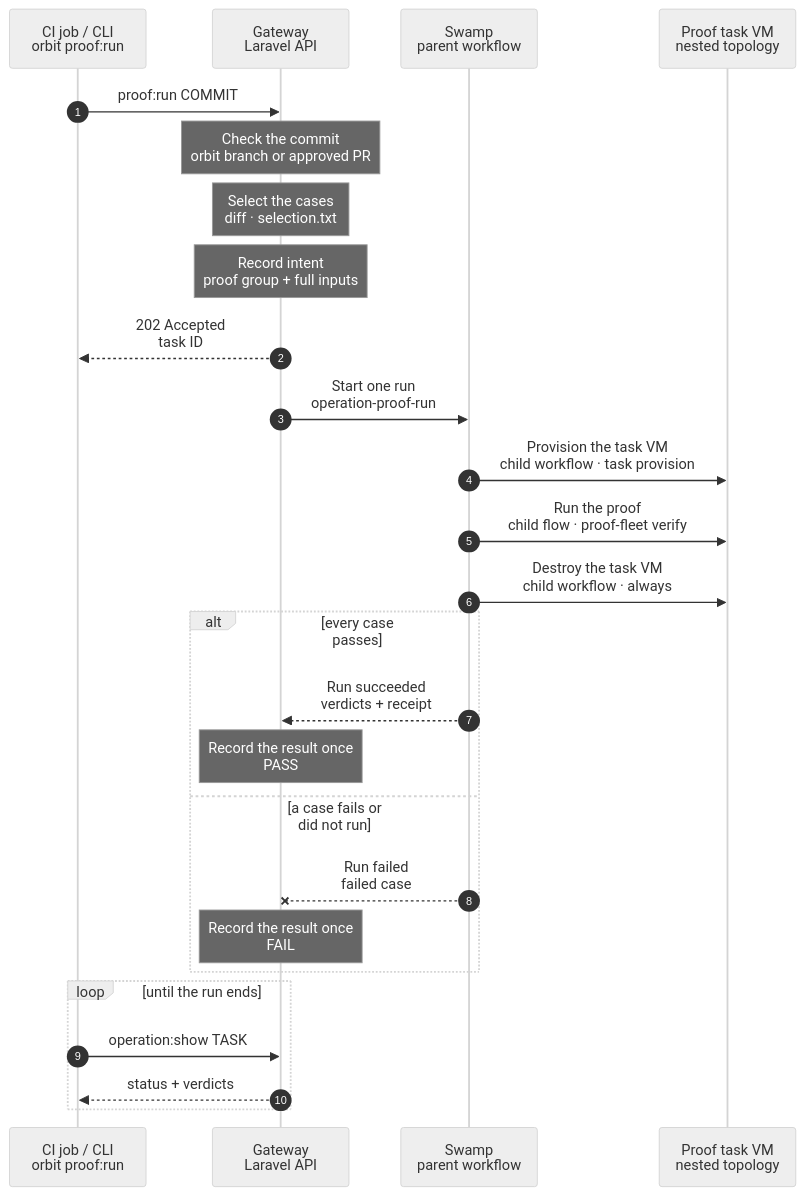
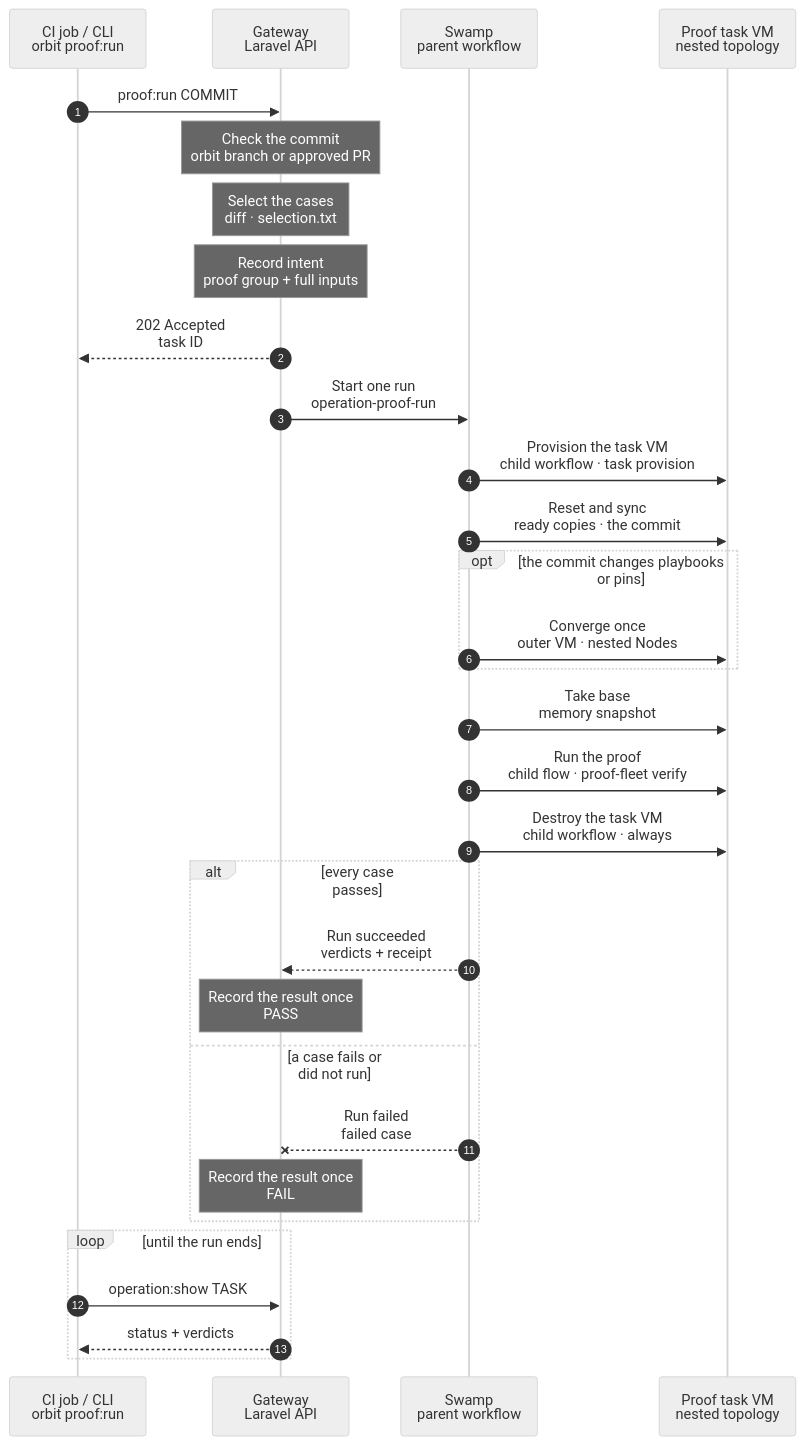
One commit to hardimpactdev/orbit changed the diagram in docs/cli/proof/run.mmd. Above: the diagram before and after it, drawn with Mermaid (neutral theme). The commit also changed 9 other files, not shown here.

First line of the commit message:
docs: proof stage design with memory snapshots, batches and no undo

```diff
--- a/docs/cli/proof/run.mmd
+++ b/docs/cli/proof/run.mmd
@@ -1,47 +1,63 @@
 sequenceDiagram
   %% Target design: one Swamp flow for proof:run (Nick + orchestrator, 2026-11-05). Gateway admits intent; one parent workflow runs provision, verify, cancel as children; Gateway projects once.
-  %% status: reviewed
+  %% status: draft
   %% command: proof:run
   %% kind: proof.run
   autonumber
   %% lane CLI icon=terminal pill=caller tone=gray
   %% lane GW icon=gateway pill=intent tone=blue
   %% lane SW icon=workflow pill=executes tone=green
   %% lane VM icon=server pill=target tone=amber
   participant CLI as CI job / CLI<br/>orbit proof:run
   participant GW as Gateway<br/>Laravel API
   participant SW as Swamp<br/>parent workflow
   participant VM as Proof task VM<br/>nested topology
   CLI->>GW: proof:run COMMIT
   %%> The CI job on a beast or shark runner, or a person, passes only the commit SHA.
   Note over GW: Check the commit<br/>orbit branch or approved PR
   %%> Refuses a commit that is not on a hardimpactdev/orbit branch, or an outside PR without review and the run-proofs label.
   Note over GW: Select the cases<br/>diff · selection.txt
   %%> Docs-only changes end here: skipped, nothing to prove.
   Note over GW: Record intent<br/>proof group + full inputs
   %%> Creates the proof task group on Project 46 at the commit and renders every input the run needs. No more Gateway work until the end.
   GW-->>CLI: 202 Accepted<br/>task ID
   GW->>SW: Start one run<br/>operation-proof-run
   SW->>VM: Provision the task VM<br/>child workflow · task provision
   %%> The same path every task uses today: clone the task image and seed, boot, enrol, check out the commit.
+  SW->>VM: Reset and sync<br/>ready copies · the commit
+  %%> What it does:
+  %%> - Orbit's own Swamp reaches into the task VM over SSH, like every other step, and resets the nested topology from the ready copies
+  %%> - pushes the proof Swamp Club key from its vault into the nested Gateway; the nested Gateway runs its own Swamp as part of the Orbit under test
+  %%> - syncs the commit into the nested Gateway and app-dev, the same sync as `orbit-nested`; installs only when a lock file changed
+  %%> Not built:
+  %%> - the direct run; today `bin/proof-fleet` starts a local Swamp inside the task VM
+  opt the commit changes playbooks or pins
+    SW->>VM: Converge once<br/>outer VM · nested Nodes
+    %%> What it does:
+    %%> - image playbooks on the outer VM; role playbooks and pins on the nested Nodes, through the nested Orbit's `node:converge`
+    %%> - runs after the sync, so the nested Orbit has the new playbooks; the proof never resets the outer VM, so this lasts the whole run
+    %%> - the base images are not touched; only the merge and the seed refresh change them
+  end
+  SW->>VM: Take base<br/>memory snapshot
+  %%> What it does:
+  %%> - an Incus stateful snapshot `base` of the three nested VMs, with any converged state in it
+  %%> - it holds the Club key; accepted because the VM and its snapshots are destroyed after the run
   SW->>VM: Run the proof<br/>child flow · proof-fleet verify
   %%> What it does:
-  %%> - Orbit's own Swamp runs the reset and verify workflows (`workflow-proof-fleet-reset`, `-ready`, `-verify`) directly and reaches into the task VM over SSH, like every other step
-  %%> - resets the nested topology from the ready copies, then runs each selected case (for example the firewall:allow traffic case); one verdict per case
-  %%> - pushes the proof Swamp Club key from its vault into the nested Gateway during the reset; the nested Gateway runs its own Swamp as part of the Orbit under test. The key is copied in at boot, never baked, and never stored on the outer task VM
-  %%> Not built:
-  %%> - the direct run; today `bin/proof-fleet` starts a local Swamp inside the task VM
+  %%> - each batch restores `base` once and applies its declared start state; its cases run one after another with their own resources and no undo
+  %%> - a case that did not pass triggers a restore before the next case; a restore that fails or is not healthy within 30 s stops the run, and the remaining cases become `unrun`
+  %%> - one verdict per case, as in the proof stage of the [command development pipeline](/reference/command-development-pipeline)
   SW->>VM: Destroy the task VM<br/>child workflow · always
   %%> Runs after success or failure, so no proof VM is left behind.
   alt every case passes
     SW-->>GW: Run succeeded<br/>verdicts + receipt
     Note over GW: Record the result once<br/>PASS
   else a case fails or did not run
     SW--xGW: Run failed<br/>failed case
     Note over GW: Record the result once<br/>FAIL
   end
   loop until the run ends
     CLI->>GW: operation:show TASK
     GW-->>CLI: status + verdicts
   end
   %%> The CI job passes or fails on the verdict; the merge queue requires it.
```
